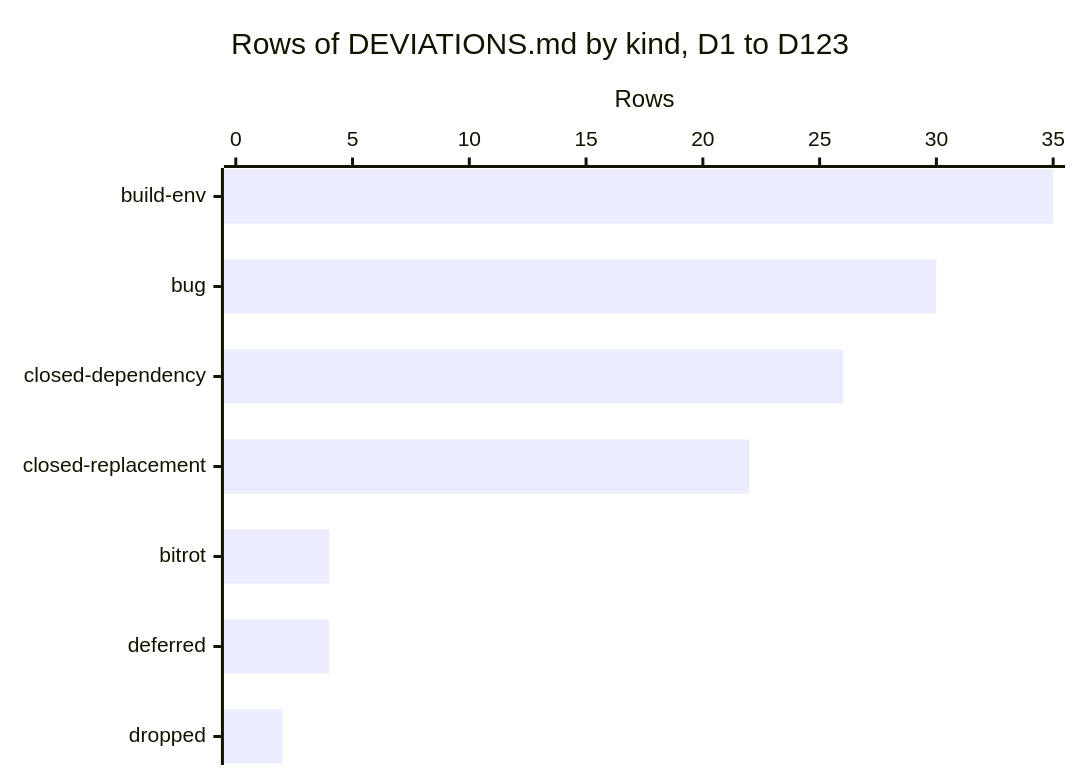
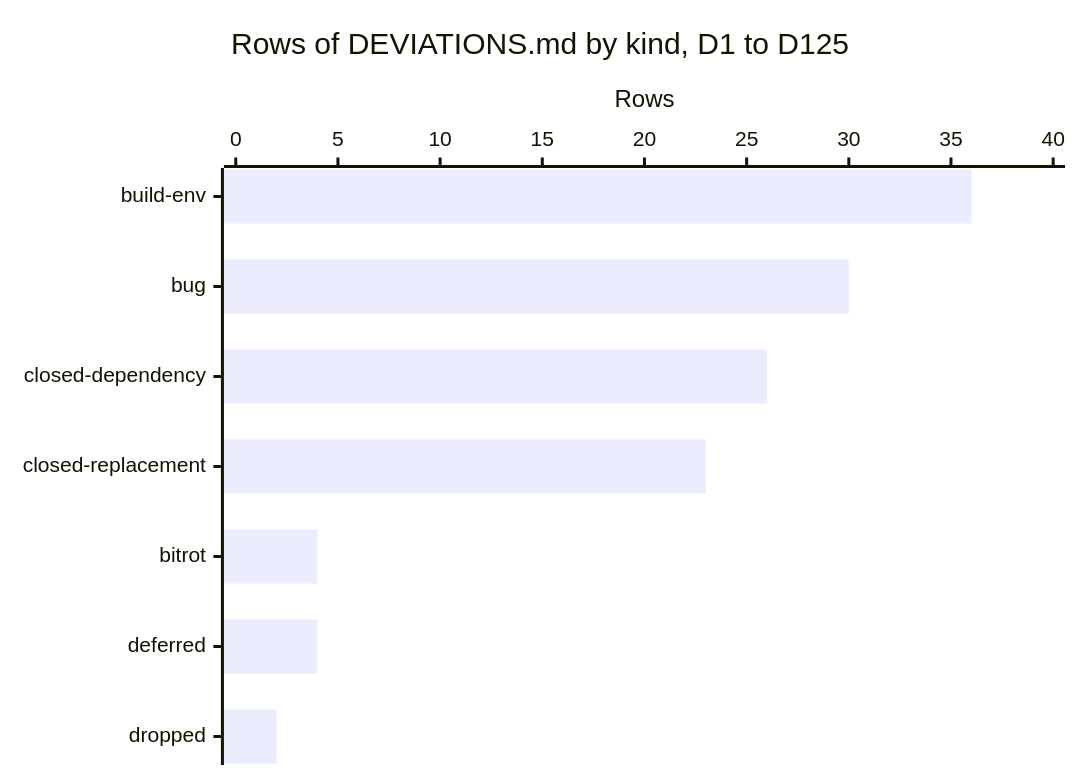
One commit to nyg/PowerDarwin changed the first of 2 diagrams in docs/src/synthesis/kinds-of-deviation.md. Above: the diagram before and after it, drawn with Mermaid. The commit also changed other lines of this file and 19 other files, not shown here.

````diff
--- a/docs/src/synthesis/kinds-of-deviation.md
+++ b/docs/src/synthesis/kinds-of-deviation.md
@@ -27,7 +27,7 @@
 ```mermaid
 xychart-beta horizontal
-    title "Rows of DEVIATIONS.md by kind, D1 to D123"
+    title "Rows of DEVIATIONS.md by kind, D1 to D125"
     x-axis ["build-env", "bug", "closed-dependency", "closed-replacement", "bitrot", "deferred", "dropped"]
-    y-axis "Rows" 0 --> 35
-    bar [35, 30, 26, 22, 4, 4, 2]
+    y-axis "Rows" 0 --> 40
+    bar [36, 30, 26, 23, 4, 4, 2]
 ```
````
